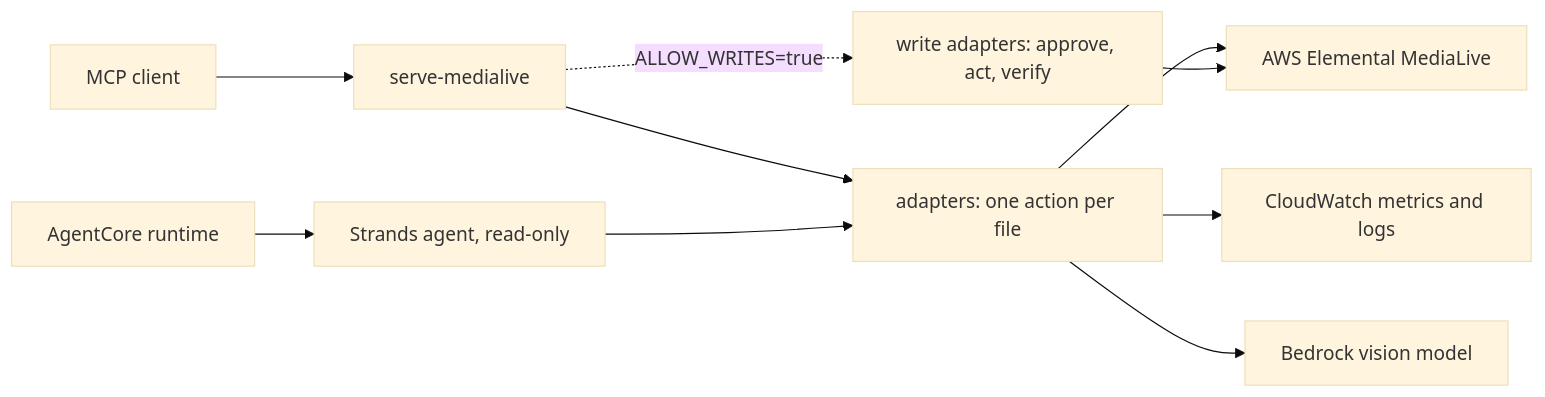
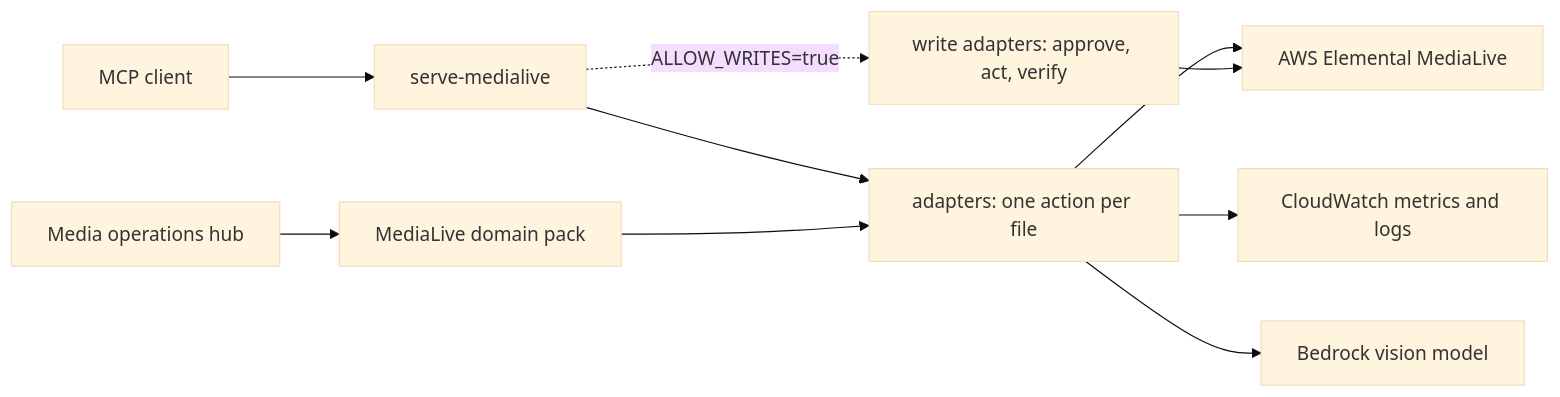
One commit to aws-samples/sample-agentic-video-operations changed the diagram in samples/medialive/README.md. Above: the diagram before and after it, drawn with Mermaid (base theme). The commit also changed other lines of this file and 203 other files, not shown here.

````diff
--- a/samples/medialive/README.md
+++ b/samples/medialive/README.md
@@ -22,12 +22,12 @@
 ```mermaid
 flowchart LR
     Client[MCP client] --> Server[serve-medialive]
-    Agent[AgentCore runtime] --> Strands[Strands agent, read-only]
+    Hub[Media operations hub] --> Pack[MediaLive domain pack]
     Server --> Adapters[adapters: one action per file]
-    Strands --> Adapters
+    Pack --> Adapters
     Adapters --> EML[AWS Elemental MediaLive]
     Adapters --> CW[CloudWatch metrics and logs]
     Adapters --> BR[Bedrock vision model]
     Server -. ALLOW_WRITES=true .-> Writes[write adapters: approve, act, verify]
     Writes --> EML
 ```
````
